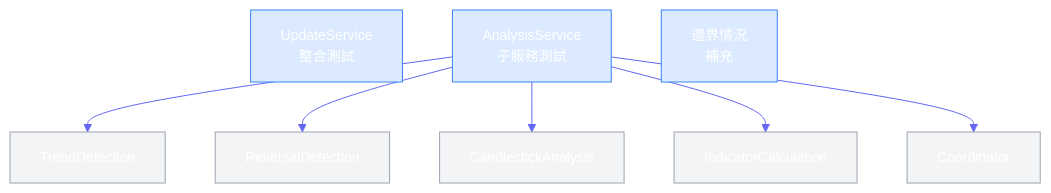
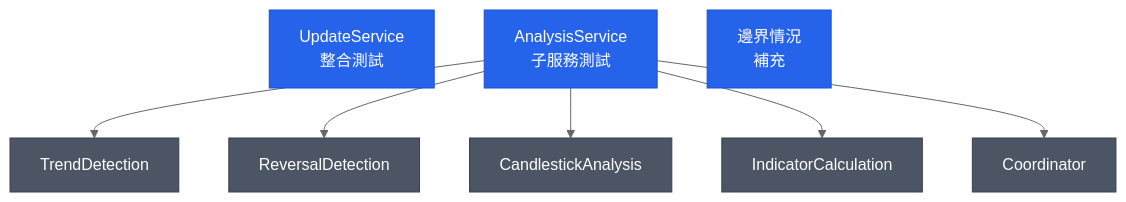
One commit to Neal75418/afterclose changed the third of 3 diagrams in docs/TEST_COVERAGE_PLAN.md. Above: the diagram before and after it, drawn with Mermaid. The commit also changed other lines of this file and 6 other files, not shown here.

First line of the commit message:
docs: update documentation — test counts, dark-mode Mermaid, CHANGELOG entries, anchor fixes

````diff
--- a/docs/TEST_COVERAGE_PLAN.md
+++ b/docs/TEST_COVERAGE_PLAN.md
@@ -48,22 +48,22 @@
 ```mermaid
-%%{init: {'theme': 'base', 'themeVariables': {'primaryColor': '#4F46E5', 'primaryTextColor': '#fff', 'primaryBorderColor': '#3730A3', 'lineColor': '#6366F1', 'fontSize': '14px'}}}%%
+%%{init: {'theme': 'neutral'}}%%
 flowchart TB
     US["UpdateService\n整合測試"]
     AS["AnalysisService\n子服務測試"]
     Edge["邊界情況\n補充"]
 
     AS --> TD["TrendDetection"]
     AS --> RD["ReversalDetection"]
     AS --> CA["CandlestickAnalysis"]
     AS --> IC["IndicatorCalculation"]
     AS --> CO["Coordinator"]
 
-    style US fill:#DBEAFE,stroke:#3B82F6
-    style AS fill:#DBEAFE,stroke:#3B82F6
-    style Edge fill:#DBEAFE,stroke:#3B82F6
-    style TD fill:#F3F4F6,stroke:#9CA3AF
-    style RD fill:#F3F4F6,stroke:#9CA3AF
-    style CA fill:#F3F4F6,stroke:#9CA3AF
-    style IC fill:#F3F4F6,stroke:#9CA3AF
-    style CO fill:#F3F4F6,stroke:#9CA3AF
+    style US fill:#2563EB,color:#fff,stroke:#1D4ED8
+    style AS fill:#2563EB,color:#fff,stroke:#1D4ED8
+    style Edge fill:#2563EB,color:#fff,stroke:#1D4ED8
+    style TD fill:#4B5563,color:#fff,stroke:#374151
+    style RD fill:#4B5563,color:#fff,stroke:#374151
+    style CA fill:#4B5563,color:#fff,stroke:#374151
+    style IC fill:#4B5563,color:#fff,stroke:#374151
+    style CO fill:#4B5563,color:#fff,stroke:#374151
 ```
````
